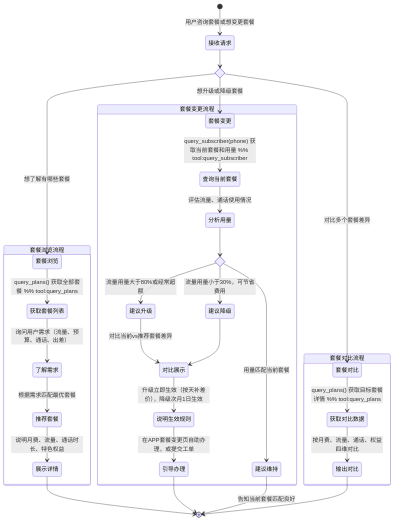
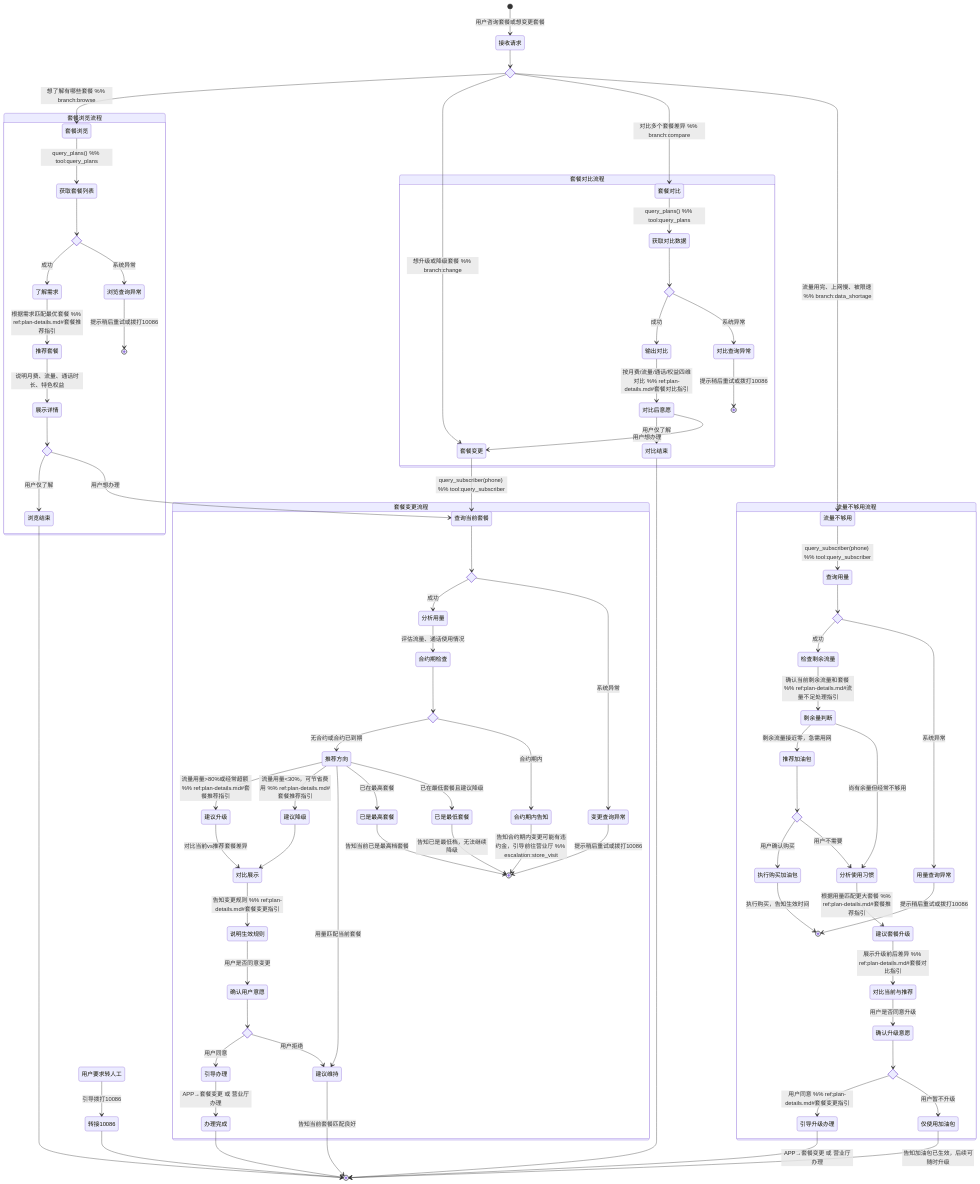
One commit to cacling/ai-bot changed the diagram in backend/skills/biz-skills/plan-inquiry/SKILL.md. Above: the diagram before and after it, drawn with Mermaid. The commit also changed other lines of this file and 37 other files, not shown here.

First line of the commit message:
Save current progress: skill enhancements, routes refactor, and diagram fixes

````diff
--- a/backend/skills/biz-skills/plan-inquiry/SKILL.md
+++ b/backend/skills/biz-skills/plan-inquiry/SKILL.md
@@ -44,38 +46,103 @@
 
     state 请求类型 <<choice>>
     接收请求 --> 请求类型
-    请求类型 --> 套餐浏览: 想了解有哪些套餐
-    请求类型 --> 套餐变更: 想升级或降级套餐
-    请求类型 --> 套餐对比: 对比多个套餐差异
+    请求类型 --> 套餐浏览: 想了解有哪些套餐 %% branch:browse
+    请求类型 --> 套餐变更: 想升级或降级套餐 %% branch:change
+    请求类型 --> 套餐对比: 对比多个套餐差异 %% branch:compare
+    请求类型 --> 流量不够用: 流量用完、上网慢、被限速 %% branch:data_shortage
+
+    用户要求转人工 --> 转接10086: 引导拨打10086
+    转接10086 --> [*]
 
     state 套餐浏览流程 {
-        套餐浏览 --> 获取套餐列表: query_plans() 获取全部套餐 %% tool:query_plans
-        获取套餐列表 --> 了解需求: 询问用户需求（流量、预算、通话、出差）
-        了解需求 --> 推荐套餐: 根据需求匹配最优套餐
+        套餐浏览 --> 获取套餐列表: query_plans() %% tool:query_plans
+        state 获取套餐列表结果 <<choice>>
+        获取套餐列表 --> 获取套餐列表结果
+        获取套餐列表结果 --> 了解需求: 成功
+        获取套餐列表结果 --> 浏览查询异常: 系统异常
+        浏览查询异常 --> [*]: 提示稍后重试或拨打10086
+        了解需求 --> 推荐套餐: 根据需求匹配最优套餐 %% ref:plan-details.md#套餐推荐指引
         推荐套餐 --> 展示详情: 说明月费、流量、通话时长、特色权益
+        state 浏览后意愿 <<choice>>
+        展示详情 --> 浏览后意愿
+        浏览后意愿 --> 浏览结束: 用户仅了解
+        浏览后意愿 --> 查询当前套餐: 用户想办理
     }
 
     state 套餐变更流程 {
-        套餐变更 --> 查询当前套餐: query_subscriber(phone) 获取当前套餐和用量 %% tool:query_subscriber
-        查询当前套餐 --> 分析用量: 评估流量、通话使用情况
+        套餐变更 --> 查询当前套餐: query_subscriber(phone) %% tool:query_subscriber
+        state 查询当前套餐结果 <<choice>>
+        查询当前套餐 --> 查询当前套餐结果
+        查询当前套餐结果 --> 分析用量: 成功
+        查询当前套餐结果 --> 变更查询异常: 系统异常
+        变更查询异常 --> [*]: 提示稍后重试或拨打10086
+        分析用量 --> 合约期检查: 评估流量、通话使用情况
+        state 合约状态 <<choice>>
+        合约期检查 --> 合约状态
+        合约状态 --> 推荐方向: 无合约或合约已到期
+        合约状态 --> 合约期内告知: 合约期内
+        合约期内告知 --> [*]: 告知合约期内变更可能有违约金，引导前往营业厅 %% escalation:store_visit
         state 推荐方向 <<choice>>
-        分析用量 --> 推荐方向
-        推荐方向 --> 建议升级: 流量用量大于80%或经常超额
-        推荐方向 --> 建议降级: 流量用量小于30%，可节省费用
+        推荐方向 --> 建议升级: 流量用量>80%或经常超额 %% ref:plan-details.md#套餐推荐指引
+        推荐方向 --> 建议降级: 流量用量<30%，可节省费用 %% ref:plan-details.md#套餐推荐指引
         推荐方向 --> 建议维持: 用量匹配当前套餐
+        推荐方向 --> 已是最高套餐: 已在最高套餐
+        推荐方向 --> 已是最低套餐: 已在最低套餐且建议降级
+        已是最高套餐 --> [*]: 告知当前已是最高档套餐
+        已是最低套餐 --> [*]: 告知已是最低档，无法继续降级
         建议升级 --> 对比展示: 对比当前vs推荐套餐差异
         建议降级 --> 对比展示
-        对比展示 --> 说明生效规则: 升级立即生效（按天补差价），降级次月1日生效
-        说明生效规则 --> 引导办理: 在APP套餐变更页自助办理，或提交工单
+        对比展示 --> 说明生效规则: 告知变更规则 %% ref:plan-details.md#套餐变更指引
+        说明生效规则 --> 确认用户意愿: 用户是否同意变更
+        state 用户意愿 <<choice>>
+        确认用户意愿 --> 用户意愿
+        用户意愿 --> 引导办理: 用户同意
+        用户意愿 --> 建议维持: 用户拒绝
+        引导办理 --> 办理完成: APP→套餐变更 或 营业厅办理
     }
 
     state 套餐对比流程 {
-        套餐对比 --> 获取对比数据: query_plans() 获取目标套餐详情 %% tool:query_plans
-        获取对比数据 --> 输出对比: 按月费、流量、通话、权益四维对比
+        套餐对比 --> 获取对比数据: query_plans() %% tool:query_plans
+        state 获取对比数据结果 <<choice>>
+        获取对比数据 --> 获取对比数据结果
+        获取对比数据结果 --> 输出对比: 成功
+        获取对比数据结果 --> 对比查询异常: 系统异常
+        对比查询异常 --> [*]: 提示稍后重试或拨打10086
+        输出对比 --> 对比后意愿: 按月费/流量/通话/权益四维对比 %% ref:plan-details.md#套餐对比指引
+        state 对比后意愿 <<choice>>
+        对比后意愿 --> 对比结束: 用户仅了解
+        对比后意愿 --> 套餐变更: 用户想办理
     }
 
-    展示详情 --> [*]
-    引导办理 --> [*]
+    state 流量不够用流程 {
+        流量不够用 --> 查询用量: query_subscriber(phone) %% tool:query_subscriber
+        state 查询用量结果 <<choice>>
+        查询用量 --> 查询用量结果
+        查询用量结果 --> 检查剩余流量: 成功
+        查询用量结果 --> 用量查询异常: 系统异常
+        用量查询异常 --> [*]: 提示稍后重试或拨打10086
+        检查剩余流量 --> 剩余量判断: 确认当前剩余流量和套餐 %% ref:plan-details.md#流量不足处理指引
+        state 剩余量判断 <<choice>>
+        剩余量判断 --> 推荐加油包: 剩余流量接近零，急需用网
+        剩余量判断 --> 分析使用习惯: 尚有余量但经常不够用
+        state 加油包确认 <<choice>>
+        推荐加油包 --> 加油包确认
+        加油包确认 --> 执行购买加油包: 用户确认购买
+        执行购买加油包 --> [*]: 执行购买，告知生效时间
+        加油包确认 --> 分析使用习惯: 用户不需要
+        分析使用习惯 --> 建议套餐升级: 根据用量匹配更大套餐 %% ref:plan-details.md#套餐推荐指引
+        建议套餐升级 --> 对比当前与推荐: 展示升级前后差异 %% ref:plan-details.md#套餐对比指引
+        对比当前与推荐 --> 确认升级意愿: 用户是否同意升级
+        state 升级意愿 <<choice>>
+        确认升级意愿 --> 升级意愿
+        升级意愿 --> 引导升级办理: 用户同意 %% ref:plan-details.md#套餐变更指引
+        升级意愿 --> 仅使用加油包: 用户暂不升级
+    }
+
+    浏览结束 --> [*]
+    办理完成 --> [*]
     建议维持 --> [*]: 告知当前套餐匹配良好
-    输出对比 --> [*]
+    对比结束 --> [*]
+    引导升级办理 --> [*]: APP→套餐变更 或 营业厅办理
+    仅使用加油包 --> [*]: 告知加油包已生效，后续可随时升级
 ```
````
